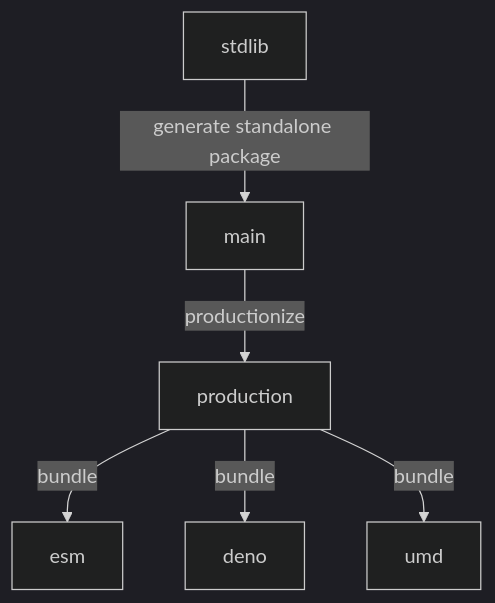
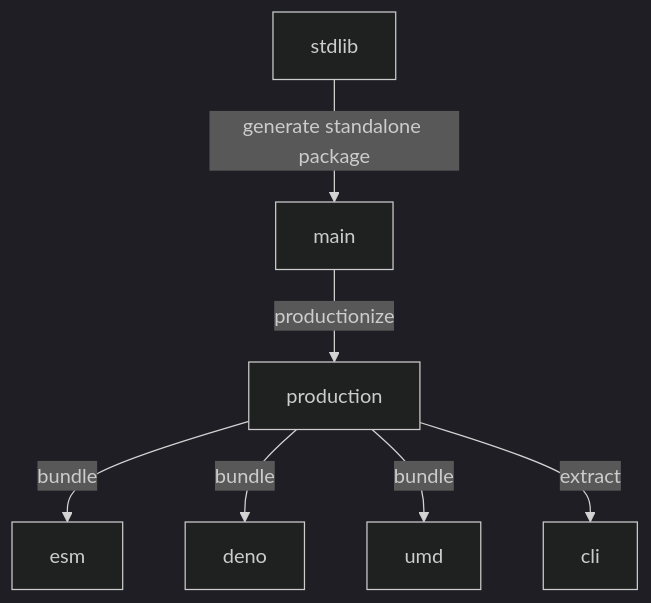
One commit to stdlib-js/datasets-emoji-code-picto changed the diagram in branches.md. Above: the diagram before and after it, drawn with Mermaid (dark theme). The commit also changed other lines of this file and 8 other files, not shown here.

````diff
--- a/branches.md
+++ b/branches.md
@@ -33,15 +34,17 @@
 ```mermaid
 graph TD;
 A[stdlib]-->|generate standalone package|B;
 B[main] -->|productionize| C[production];
 C -->|bundle| D[esm];
 C -->|bundle| E[deno];
 C -->|bundle| F[umd];
+C -->|extract| G[cli];
 
-click A href "https://github.com/stdlib-js/stdlib/tree/develop/lib/node_modules/%40stdlib/datasets/emoji-code-picto"
-click B href "https://github.com/stdlib-js/datasets-emoji-code-picto/tree/main"
-click C href "https://github.com/stdlib-js/datasets-emoji-code-picto/tree/production"
-click D href "https://github.com/stdlib-js/datasets-emoji-code-picto/tree/esm"
-click E href "https://github.com/stdlib-js/datasets-emoji-code-picto/tree/deno"
-click F href "https://github.com/stdlib-js/datasets-emoji-code-picto/tree/umd"
+%% click A href "https://github.com/stdlib-js/stdlib/tree/develop/lib/node_modules/%40stdlib/datasets/emoji-code-picto"
+%% click B href "https://github.com/stdlib-js/datasets-emoji-code-picto/tree/main"
+%% click C href "https://github.com/stdlib-js/datasets-emoji-code-picto/tree/production"
+%% click D href "https://github.com/stdlib-js/datasets-emoji-code-picto/tree/esm"
+%% click E href "https://github.com/stdlib-js/datasets-emoji-code-picto/tree/deno"
+%% click F href "https://github.com/stdlib-js/datasets-emoji-code-picto/tree/umd"
+%% click G href "https://github.com/stdlib-js/datasets-emoji-code-picto/tree/cli"
 ```
````
